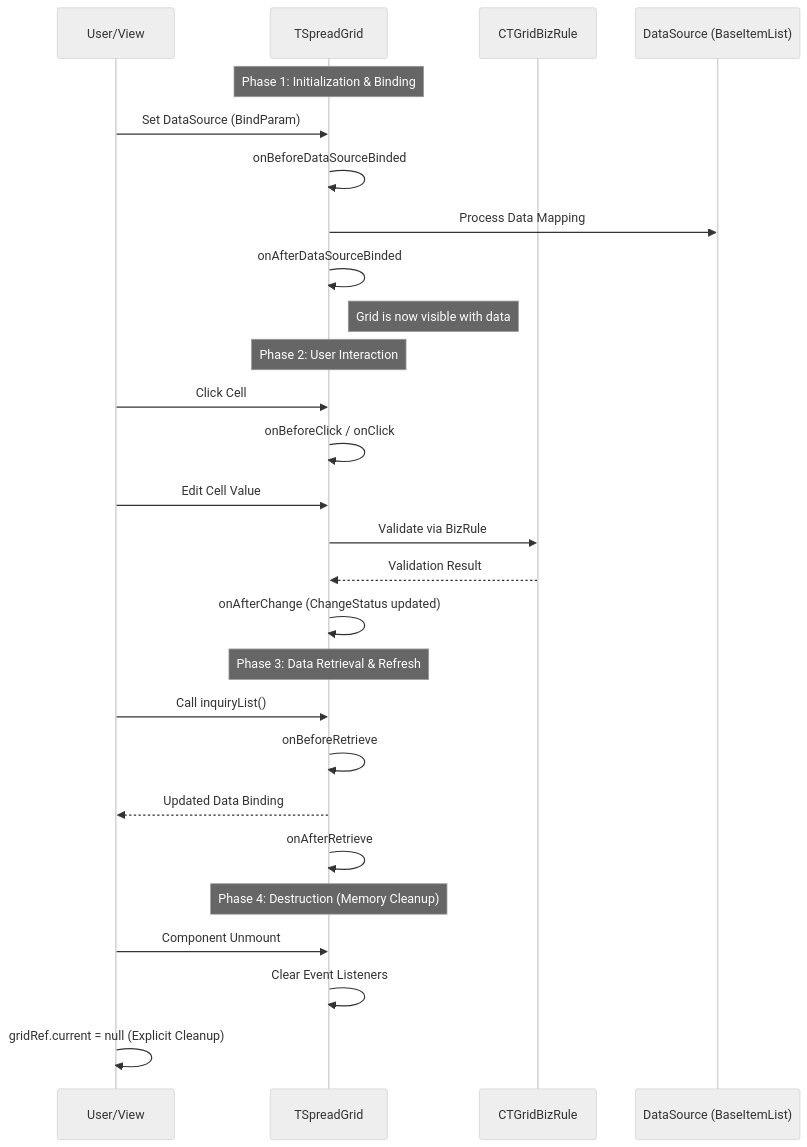
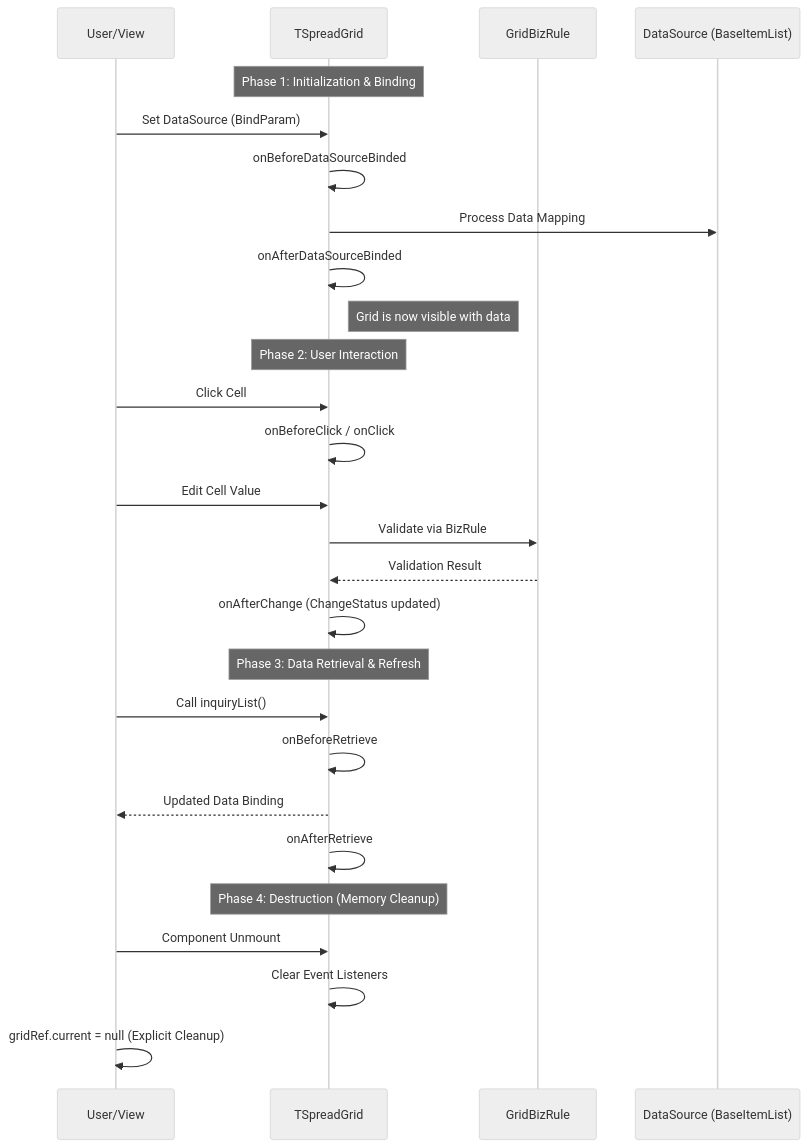
Before and after one commit to dracial6/fontos-frontend-guide-asset: the second of 4 diagrams in README.md, drawn with Mermaid (neutral theme).

Commit message:
Grid event diagram 수정

````diff
--- a/README.md
+++ b/README.md
@@ -3528,33 +3528,33 @@
 ```mermaid
 sequenceDiagram
     participant U as User/View
     participant G as TSpreadGrid
-    participant B as CTGridBizRule
+    participant B as GridBizRule
     participant D as DataSource (BaseItemList)
 
     Note over G: Phase 1: Initialization & Binding
     U->>G: Set DataSource (BindParam)
     G->>G: onBeforeDataSourceBinded
     G->>D: Process Data Mapping
     G->>G: onAfterDataSourceBinded
     Note right of G: Grid is now visible with data
 
     Note over G: Phase 2: User Interaction
     U->>G: Click Cell
     G->>G: onBeforeClick / onClick
     U->>G: Edit Cell Value
     G->>B: Validate via BizRule
     B-->>G: Validation Result
     G->>G: onAfterChange (ChangeStatus updated)
 
     Note over G: Phase 3: Data Retrieval & Refresh
     U->>G: Call inquiryList()
     G->>G: onBeforeRetrieve
     G-->>U: Updated Data Binding
     G->>G: onAfterRetrieve
 
     Note over G: Phase 4: Destruction (Memory Cleanup)
     U->>G: Component Unmount
     G->>G: Clear Event Listeners
     U->>U: gridRef.current = null (Explicit Cleanup)
 ```
````
